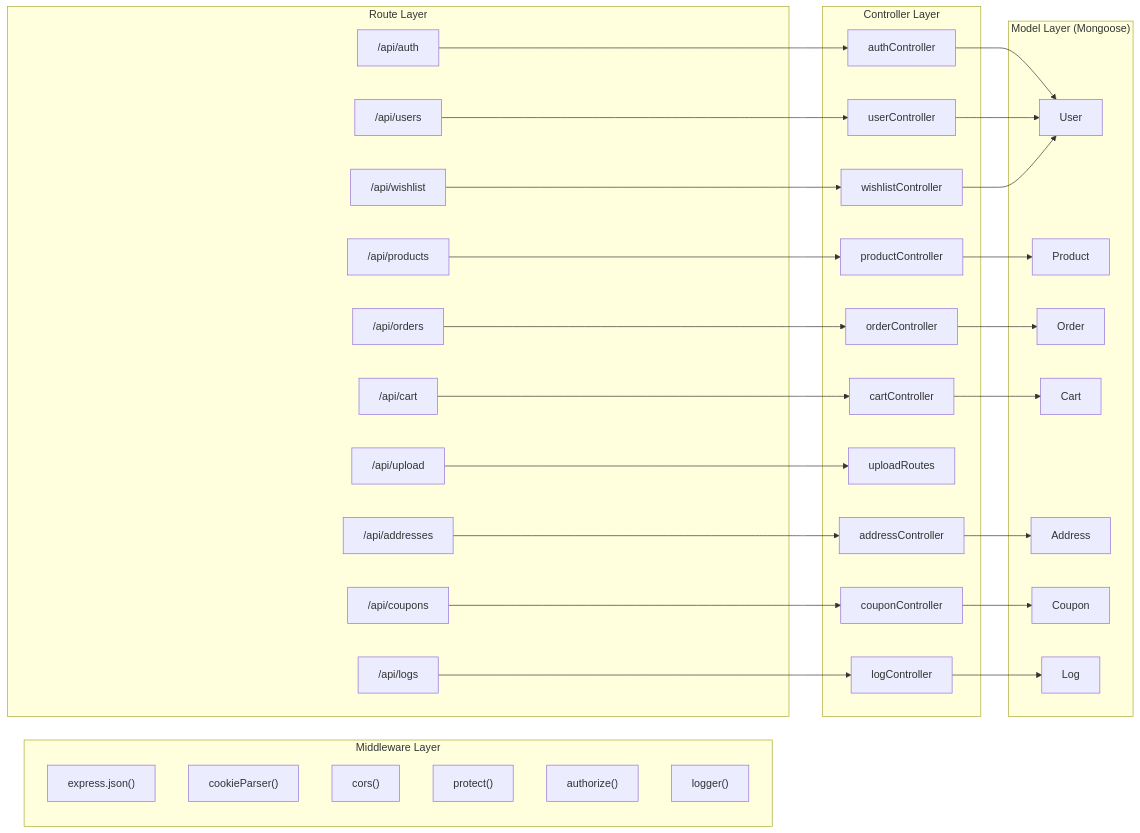
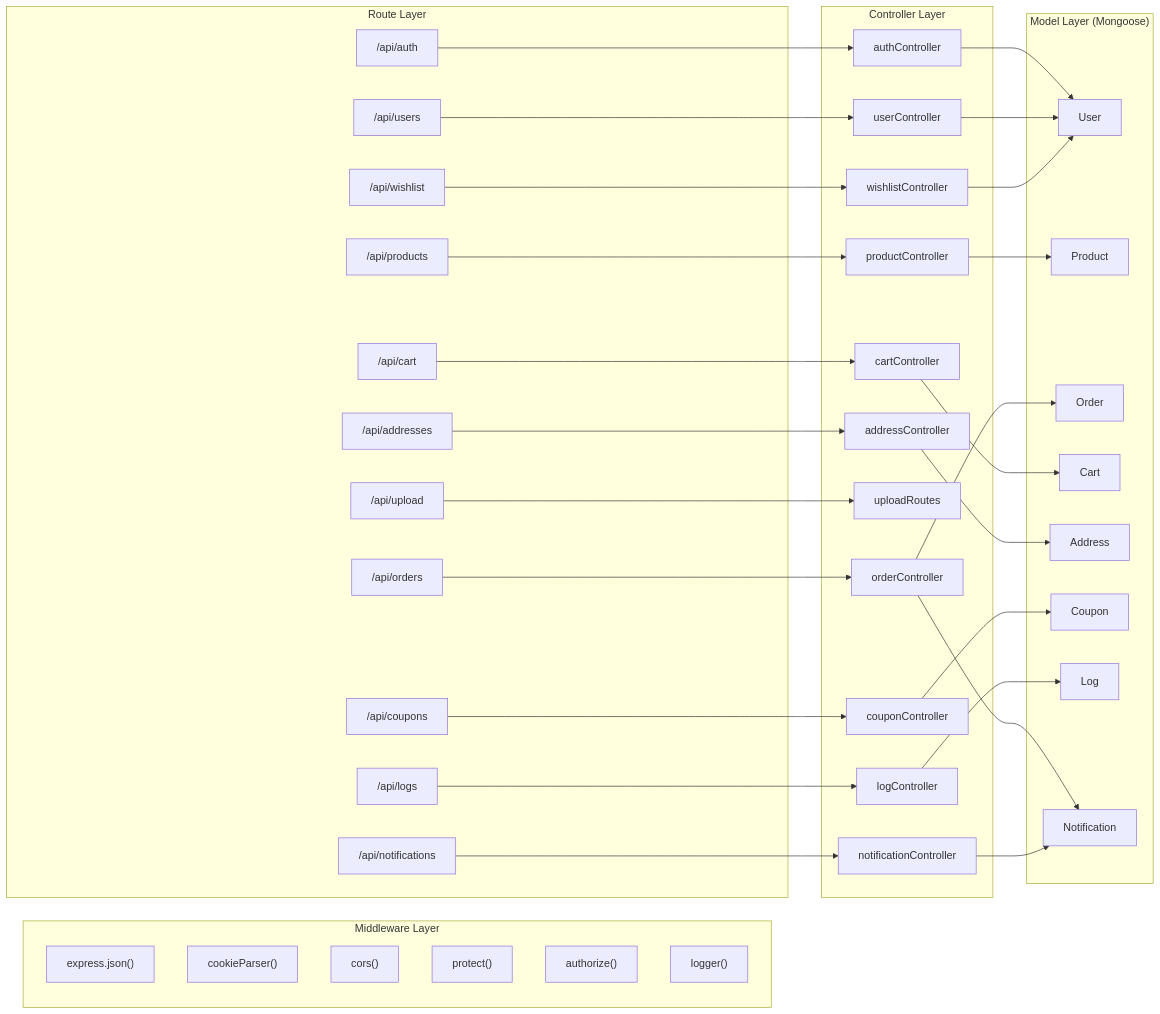
Before and after one commit to Narendrakaduru/QuickCart: the second of 10 diagrams in architecture_diagrams.md, drawn with Mermaid. The commit also changed other lines of this file and 1 other file, not shown here.

Commit message:
Document Notification-System

````diff
--- a/architecture_diagrams.md
+++ b/architecture_diagrams.md
@@ -40,68 +40,74 @@
 ```mermaid
 graph LR
     subgraph Middleware["Middleware Layer"]
         JSON["express.json()"]
         COOKIE["cookieParser()"]
         CORS["cors()"]
         AUTH["protect()"]
         ROLE["authorize()"]
         LOGGER["logger()"]
     end
 
     subgraph Routes["Route Layer"]
         R1["/api/auth"]
         R2["/api/users"]
         R3["/api/products"]
         R4["/api/cart"]
         R5["/api/wishlist"]
         R6["/api/orders"]
         R7["/api/upload"]
         R8["/api/addresses"]
         R9["/api/logs"]
         R10["/api/coupons"]
+        R11["/api/notifications"]
     end
 
     subgraph Controllers["Controller Layer"]
         C1["authController"]
         C2["userController"]
         C3["productController"]
         C4["cartController"]
         C5["wishlistController"]
         C6["orderController"]
         C7["uploadRoutes"]
         C8["addressController"]
         C9["logController"]
         C10["couponController"]
+        C11["notificationController"]
     end
 
     subgraph Models["Model Layer (Mongoose)"]
         M1["User"]
         M2["Product"]
         M3["Order"]
         M4["Cart"]
         M5["Address"]
         M6["Coupon"]
         M7["Log"]
+        M8["Notification"]
     end
 
     R1 --> C1
     R2 --> C2
     R3 --> C3
     R4 --> C4
     R5 --> C5
     R6 --> C6
     R7 --> C7
     R8 --> C8
     R9 --> C9
     R10 --> C10
+    R11 --> C11
 
     C1 --> M1
     C2 --> M1
     C3 --> M2
     C4 --> M4
     C5 --> M1
     C6 --> M3
+    C6 --> M8
     C8 --> M5
     C9 --> M7
     C10 --> M6
+    C11 --> M8
 ```
````
